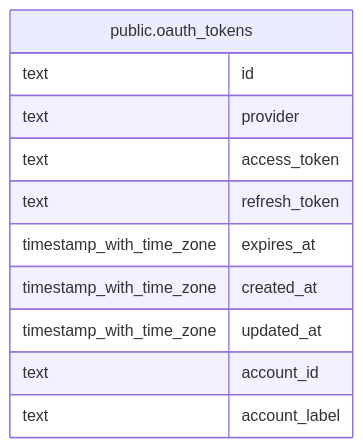
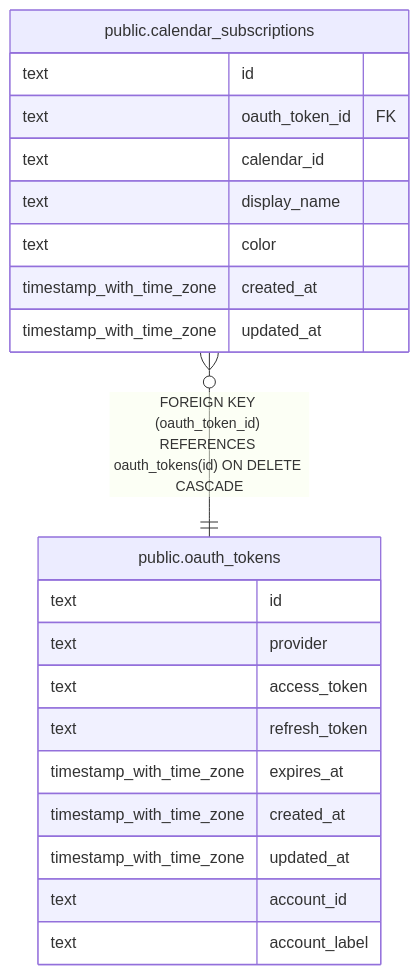
The diagram in docs/db/public.oauth_tokens.md (fohte/tq), drawn with Mermaid before and after one commit. The commit also changed other lines of this file and 22 other files, not shown here.

````diff
--- a/docs/db/public.oauth_tokens.md
+++ b/docs/db/public.oauth_tokens.md
@@ -34,16 +34,26 @@
 ```mermaid
 erDiagram
 
+"public.calendar_subscriptions" }o--|| "public.oauth_tokens" : "FOREIGN KEY (oauth_token_id) REFERENCES oauth_tokens(id) ON DELETE CASCADE"
 
 "public.oauth_tokens" {
   text id
   text provider
   text access_token
   text refresh_token
   timestamp_with_time_zone expires_at
   timestamp_with_time_zone created_at
   timestamp_with_time_zone updated_at
   text account_id
   text account_label
 }
+"public.calendar_subscriptions" {
+  text id
+  text oauth_token_id FK
+  text calendar_id
+  text display_name
+  text color
+  timestamp_with_time_zone created_at
+  timestamp_with_time_zone updated_at
+}
 ```
````
